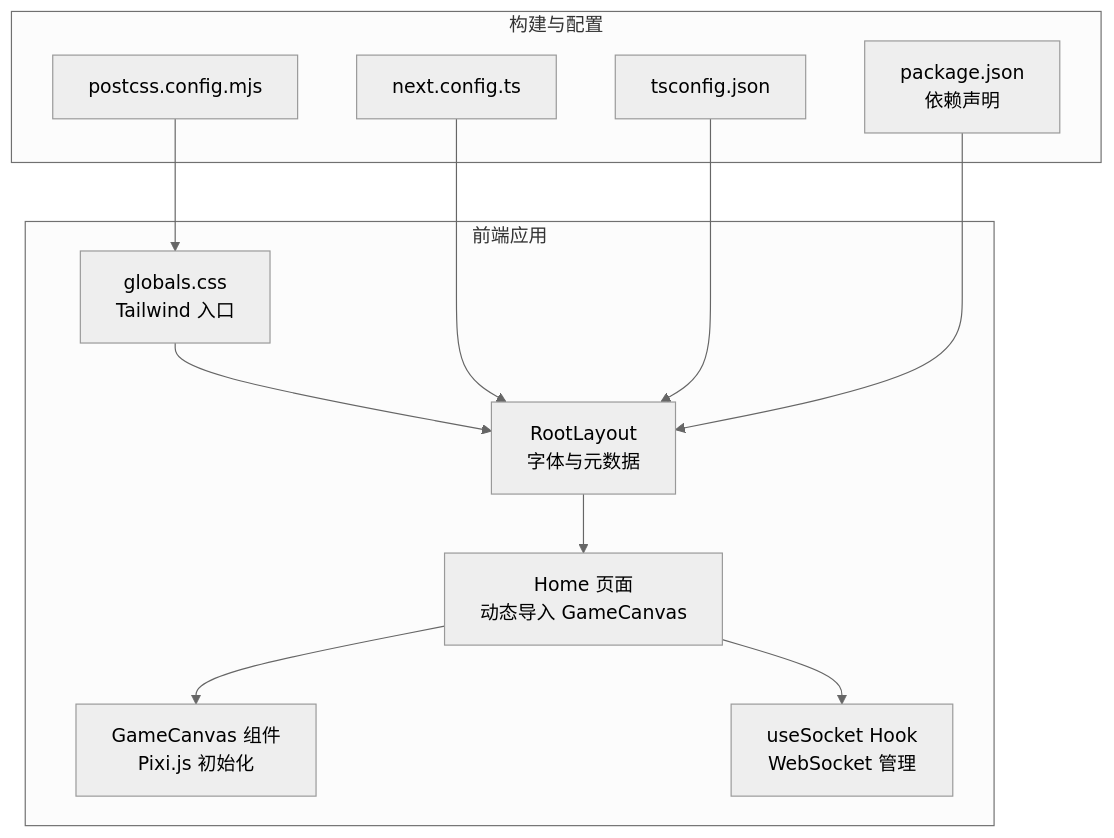
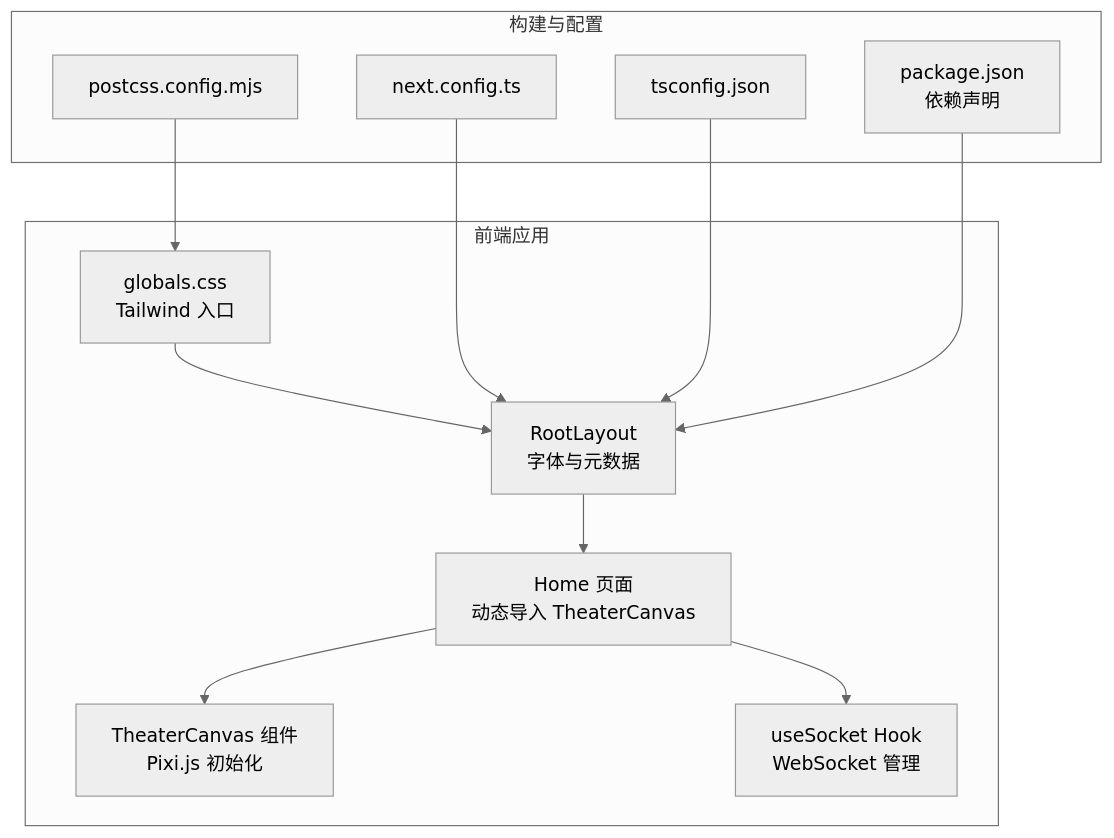
The first of 6 diagrams in .qoder/repowiki/zh/content/部署指南/性能优化/前端性能优化.md (KunLabAI/KunFlix), drawn with Mermaid (neutral theme) before and after one commit. The commit also changed other lines of this file and 112 other files, not shown here.

````diff
--- a/.qoder/repowiki/zh/content/部署指南/性能优化/前端性能优化.md
+++ b/.qoder/repowiki/zh/content/部署指南/性能优化/前端性能优化.md
@@ -36,15 +36,15 @@
 ```mermaid
 graph TB
 subgraph "前端应用"
-L["RootLayout<br/>字体与元数据"] --> P["Home 页面<br/>动态导入 GameCanvas"]
-P --> C["GameCanvas 组件<br/>Pixi.js 初始化"]
+L["RootLayout<br/>字体与元数据"] --> P["Home 页面<br/>动态导入 TheaterCanvas"]
+P --> C["TheaterCanvas 组件<br/>Pixi.js 初始化"]
 P --> S["useSocket Hook<br/>WebSocket 管理"]
 G["globals.css<br/>Tailwind 入口"] --> L
 end
 subgraph "构建与配置"
 N["next.config.ts"] --> L
 T["tsconfig.json"] --> L
 PC["postcss.config.mjs"] --> G
 PKG["package.json<br/>依赖声明"] --> L
 end
 ```
````
